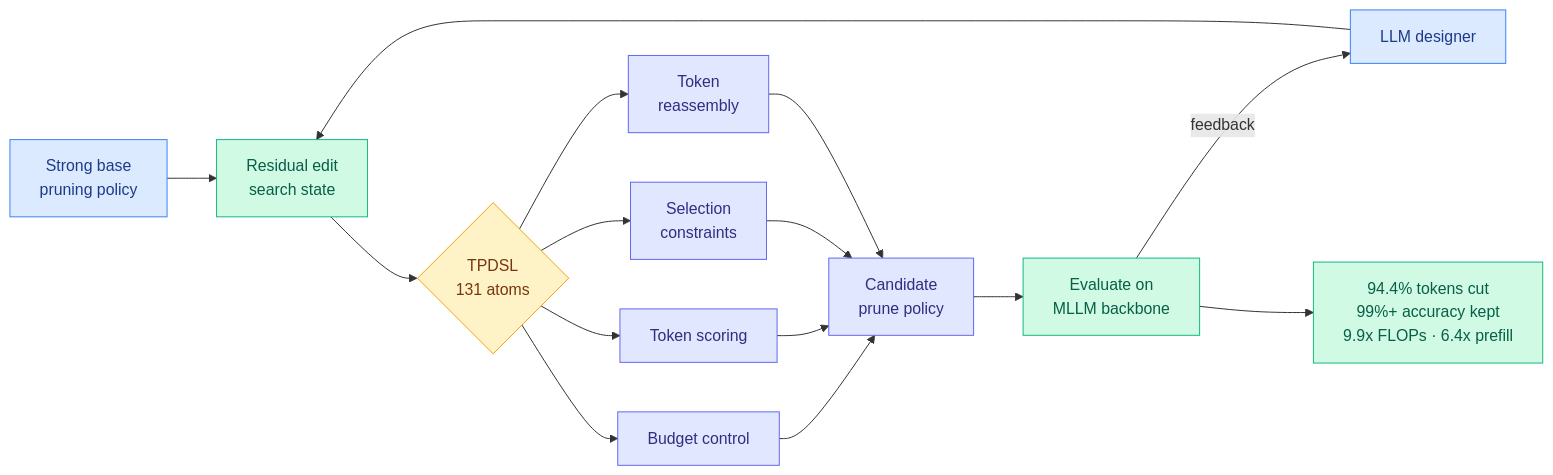
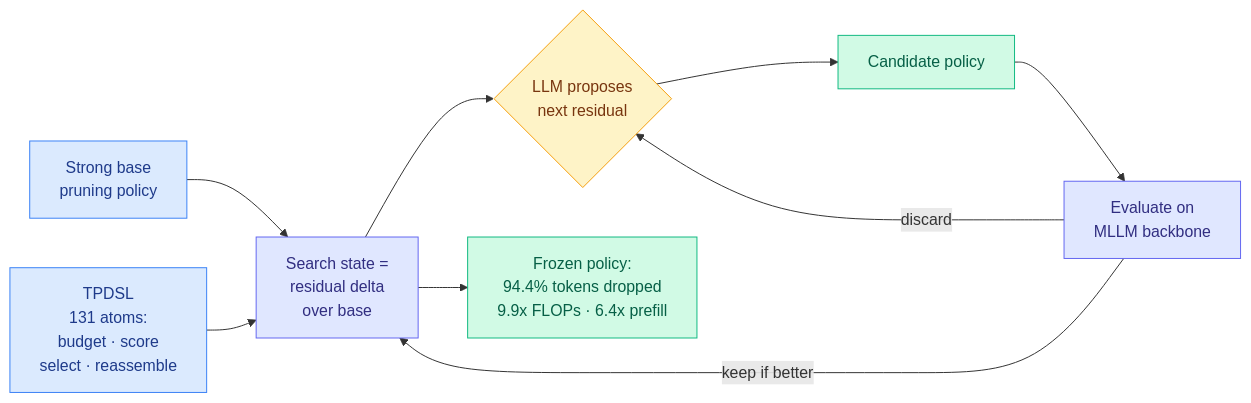
The diagram in wiki/inference-efficiency/2026-08-16-autoprune-llm-designed-visual-token-pruning.md (bayesiansapien/cere-bro), drawn with Mermaid before and after one commit. The commit also changed other lines of this file, not shown here.

Commit message:
wiki: update wiki/2026-08-16-autoprune-llm-designed-visual-token-pruning

````diff
--- a/wiki/inference-efficiency/2026-08-16-autoprune-llm-designed-visual-token-pruning.md
+++ b/wiki/inference-efficiency/2026-08-16-autoprune-llm-designed-visual-token-pruning.md
@@ -14,25 +13,19 @@
 ```mermaid
 flowchart LR
-  B[Strong base<br/>pruning policy] --> R[Residual edit<br/>search state]
-  L[LLM designer] --> R
-  R --> C{TPDSL<br/>131 atoms}
-  C --> C1[Budget control]
-  C --> C2[Token scoring]
-  C --> C3[Selection<br/>constraints]
-  C --> C4[Token<br/>reassembly]
-  C1 --> P[Candidate<br/>prune policy]
-  C2 --> P
-  C3 --> P
-  C4 --> P
-  P --> E[Evaluate on<br/>MLLM backbone]
-  E -->|feedback| L
-  E --> O[94.4% tokens cut<br/>99%+ accuracy kept<br/>9.9x FLOPs · 6.4x prefill]
+  BASE[Strong base<br/>pruning policy] --> STATE[Search state =<br/>residual delta<br/>over base]
+  DSL[TPDSL<br/>131 atoms:<br/>budget · score<br/>select · reassemble] --> STATE
+  STATE --> LLM{LLM proposes<br/>next residual}
+  LLM --> CAND[Candidate policy]
+  CAND --> EVAL[Evaluate on<br/>MLLM backbone]
+  EVAL -->|keep if better| STATE
+  EVAL -->|discard| LLM
+  STATE --> OUT[Frozen policy:<br/>94.4% tokens dropped<br/>9.9x FLOPs · 6.4x prefill]
   classDef input fill:#dbeafe,stroke:#3b82f6,color:#1e3a8a
   classDef decision fill:#fef3c7,stroke:#f59e0b,color:#78350f
   classDef output fill:#d1fae5,stroke:#10b981,color:#065f46
   classDef aux fill:#e0e7ff,stroke:#6366f1,color:#312e81
-  class B,L input
-  class C decision
-  class C1,C2,C3,C4,P aux
-  class E,O,R output
+  class BASE,DSL input
+  class LLM decision
+  class OUT,CAND output
+  class STATE,EVAL aux
 ```
````
